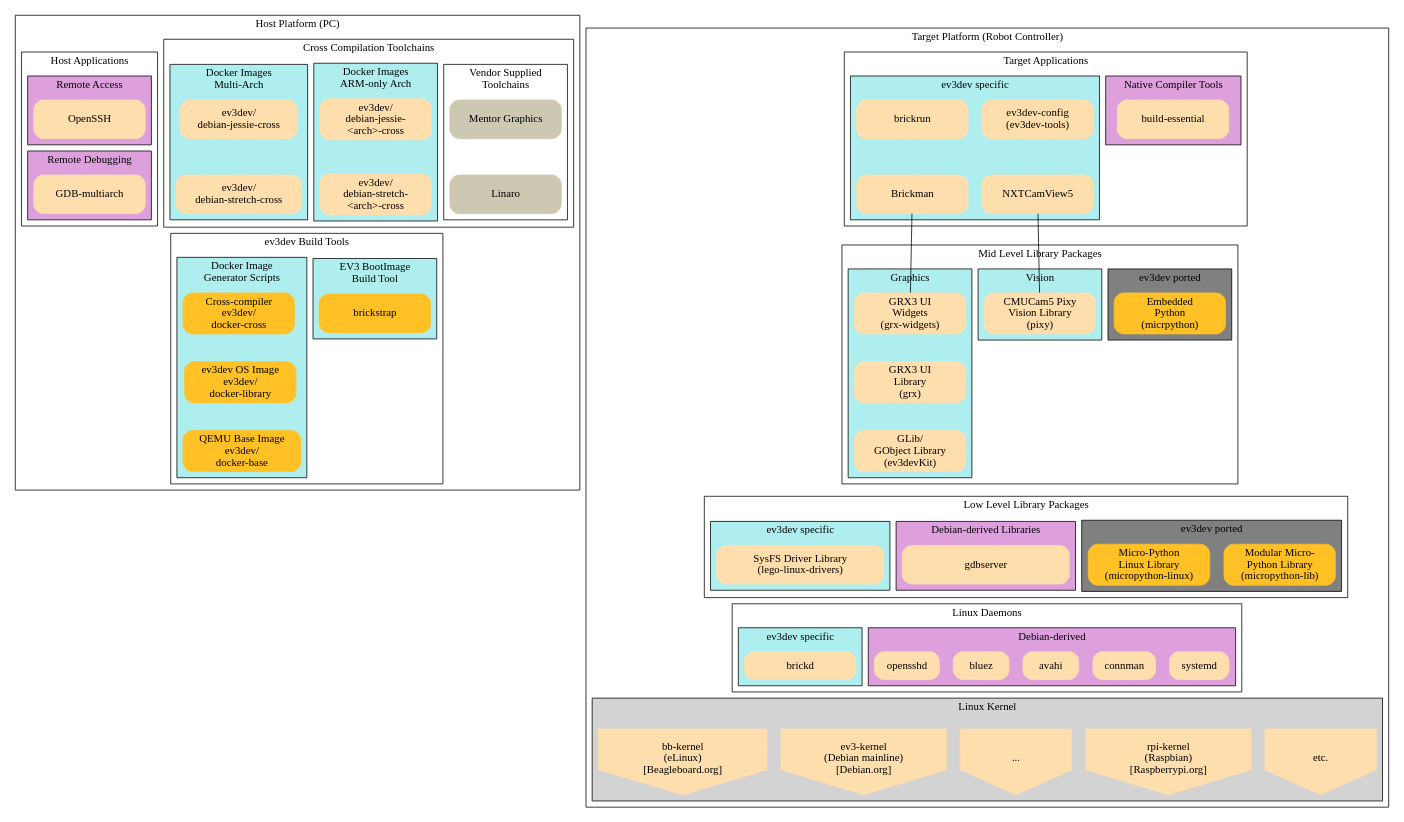
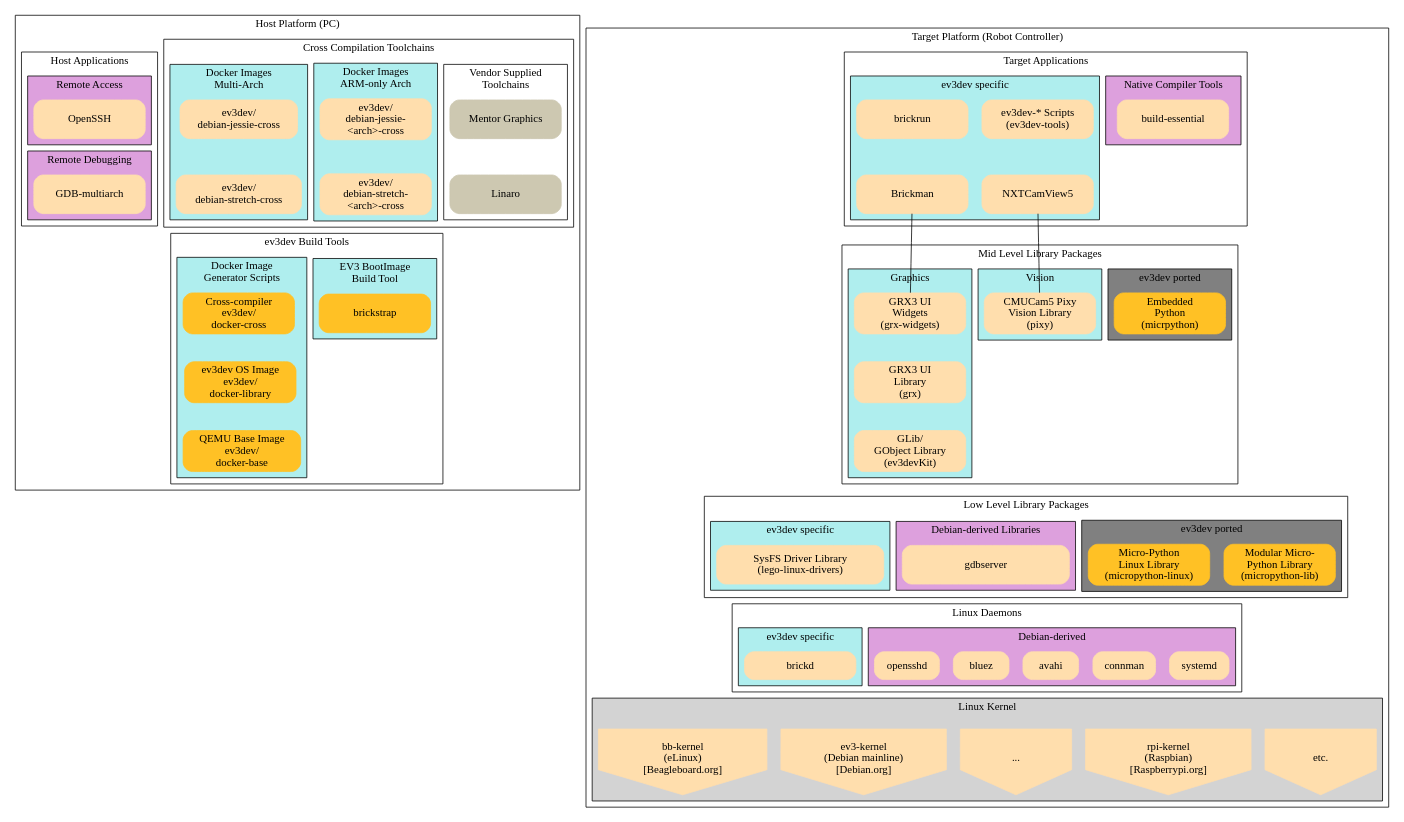
The diagram in images/ev3dev-software-packages.dot (ev3dev/edu-docs), drawn with Graphviz before and after one commit. The commit also changed 1 other file, not shown here.

Commit message:
Updated ev3dev-tools labels

```diff
--- a/images/ev3dev-software-packages.dot
+++ b/images/ev3dev-software-packages.dot
@@ -102,10 +102,10 @@
 				style=filled;
 				fillcolor=paleturquoise;
 				node [shape=rect,style="filled,rounded",color=navajowhite,width=2,height=0.7];
-				"ev3dev-config\n(ev3dev-tools)"; "brickrun"; 
+				"ev3dev-* Scripts\n(ev3dev-tools)"; "brickrun"; 
 				"Brickman"; "NXTCamView5";
 				"brickrun"--"Brickman";	// Dummy link for stacking
-				"ev3dev-config\n(ev3dev-tools)"--"NXTCamView5";	// Dummy link for stacking
+				"ev3dev-* Scripts\n(ev3dev-tools)"--"NXTCamView5";	// Dummy link for stacking
 			};
 		
 		};
```
